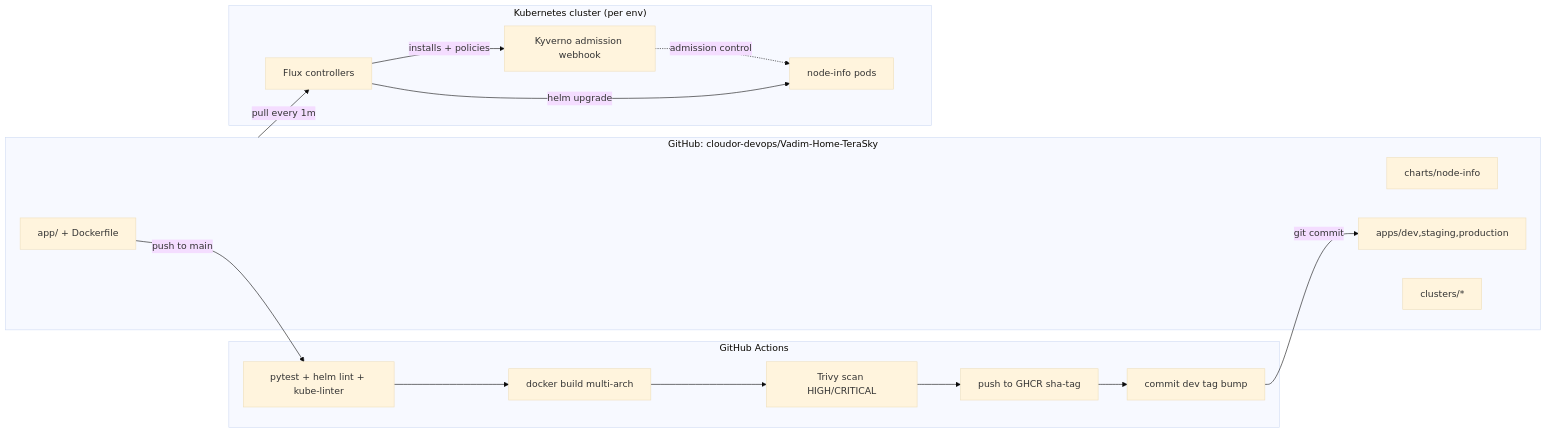
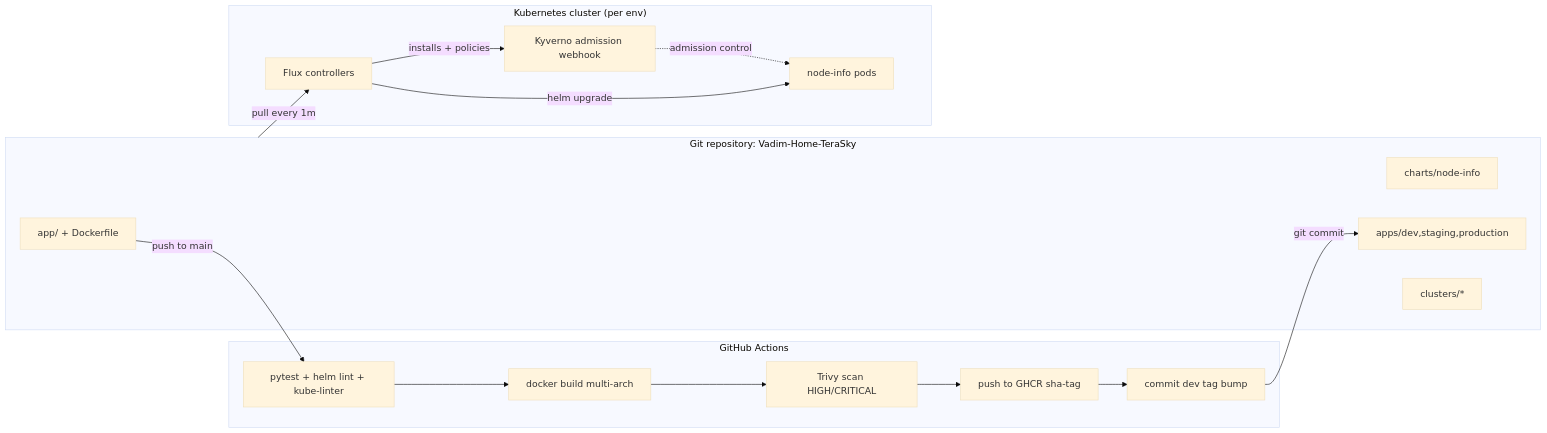
Before and after one commit to cloudor-devops/Vadim-Home-TeraSky: the first of 2 diagrams in README.md, drawn with Mermaid (base theme). The commit also changed other lines of this file and 3 other files, not shown here.

First line of the commit message:
Docs: genericize GitHub owner in instructions and diagram

````diff
--- a/README.md
+++ b/README.md
@@ -9,30 +9,30 @@
 ```mermaid
 flowchart LR
-    subgraph Git["GitHub: cloudor-devops/Vadim-Home-TeraSky"]
+    subgraph Git["Git repository: Vadim-Home-TeraSky"]
         code[app/ + Dockerfile]
         chart[charts/node-info]
         overlays[apps/dev,staging,production]
         clusters[clusters/*]
     end
 
     subgraph CI["GitHub Actions"]
         test[pytest + helm lint + kube-linter]
         build[docker build multi-arch]
         scan[Trivy scan HIGH/CRITICAL]
         push[push to GHCR sha-tag]
         bump[commit dev tag bump]
     end
 
     subgraph Cluster["Kubernetes cluster (per env)"]
         flux[Flux controllers]
         kyverno[Kyverno admission webhook]
         app[node-info pods]
     end
 
     code -->|push to main| test --> build --> scan --> push --> bump
     bump -->|git commit| overlays
     Git -->|pull every 1m| flux
     flux -->|helm upgrade| app
     flux -->|installs + policies| kyverno
     kyverno -.->|admission control| app
 ```
````
